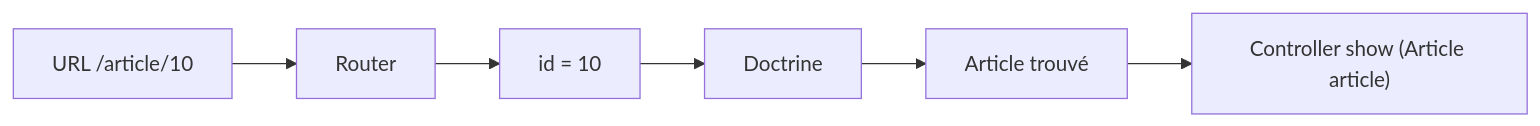
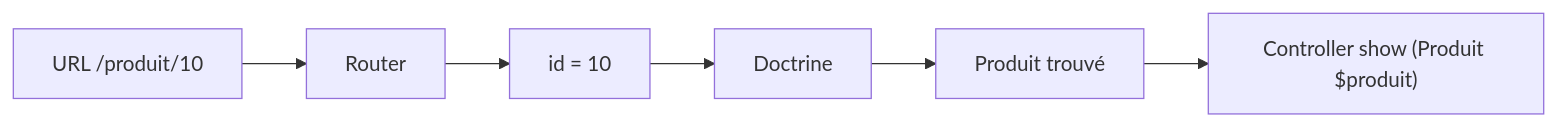
The diagram in 2-2-Paramètres-des-routes.md (Pierrick-Loiacono/cours-symfony), drawn with Mermaid before and after one commit. The commit also changed other lines of this file and 4 other files, not shown here.

````diff
--- a/2-2-Paramètres-des-routes.md
+++ b/2-2-Paramètres-des-routes.md
@@ -120,8 +120,8 @@
 ```mermaid
 flowchart LR
-    A[URL /article/10] --> B[Router]
+    A[URL /produit/10] --> B[Router]
     B --> C[id = 10]
     C --> D[Doctrine]
-    D --> E[Article trouvé]
-    E --> F["Controller show (Article article)"]
+    D --> E[Produit trouvé]
+    E --> F["Controller show (Produit $produit)"]
 ```
````
